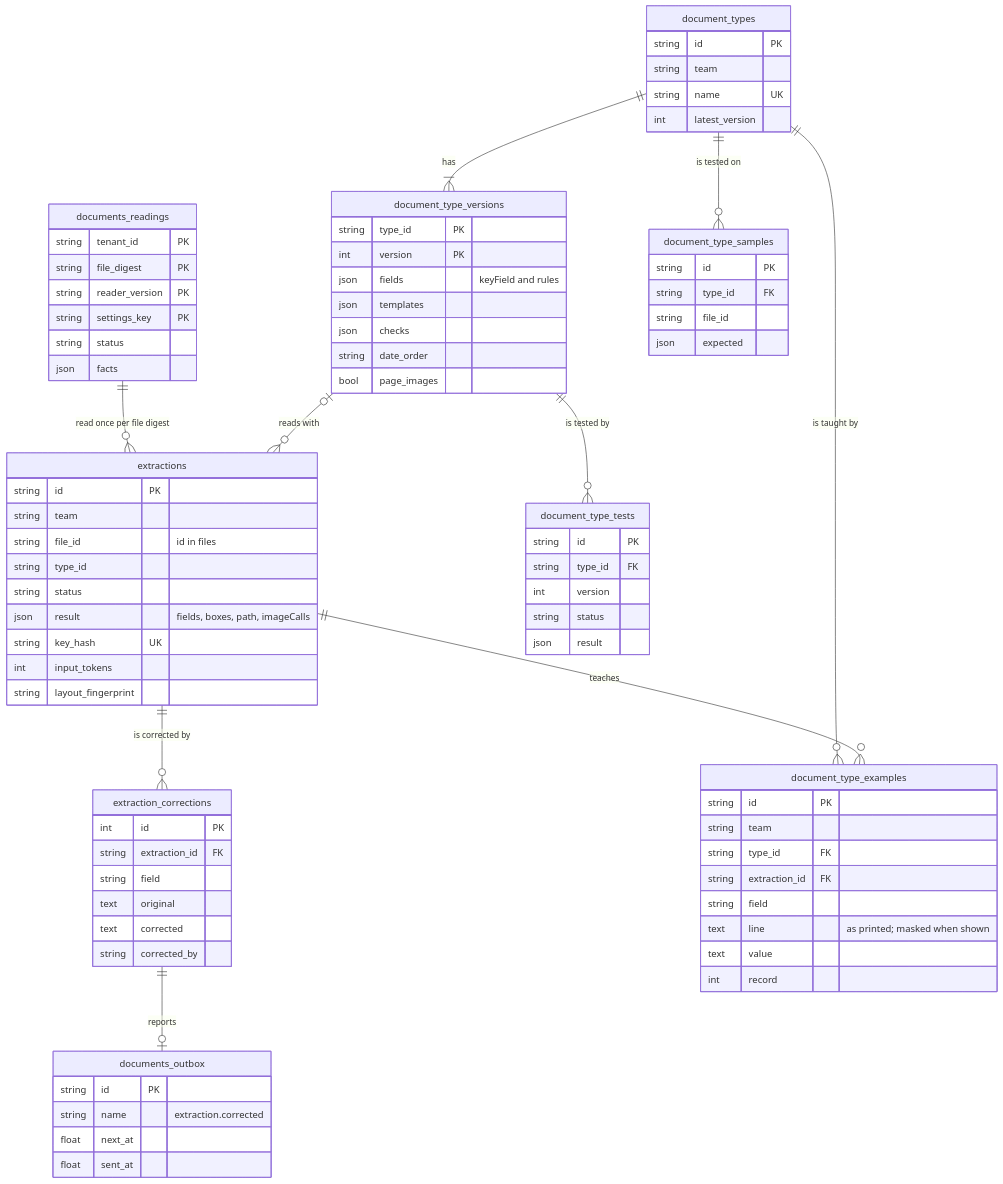
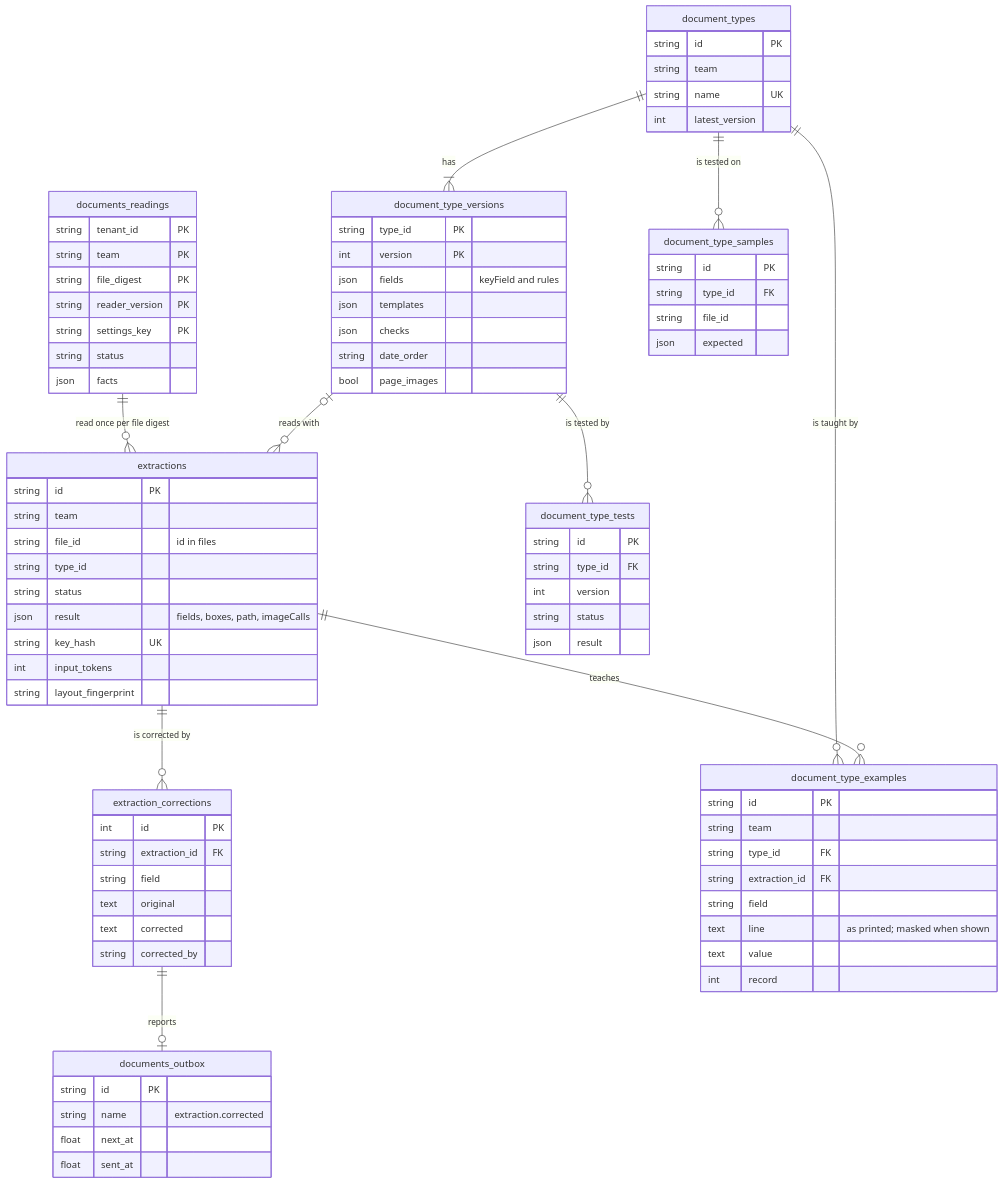
Before and after one commit to chanl-ai/ops-ai: the eighth of 8 diagrams in docs/architecture/data-model.md, drawn with Mermaid. The commit also changed other lines of this file and 12 other files, not shown here.

```diff
--- a/docs/architecture/data-model.md
+++ b/docs/architecture/data-model.md
@@ -693,6 +693,7 @@
   extractions ||--o{ document_type_examples : teaches
   documents_readings {
     string tenant_id PK
+    string team PK
     string file_digest PK
     string reader_version PK
     string settings_key PK
```
